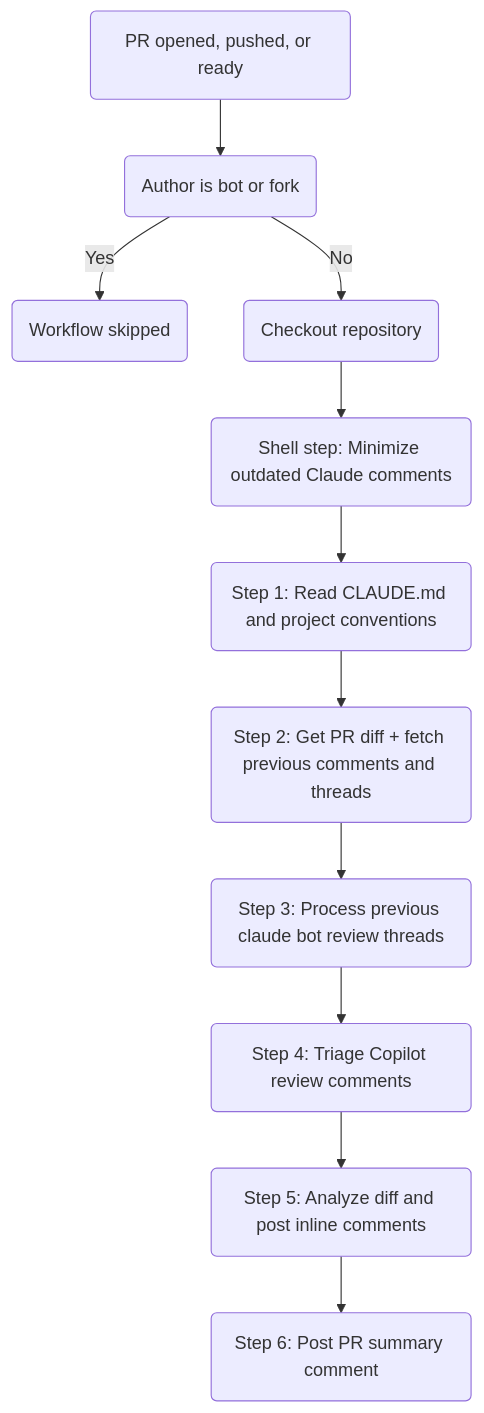
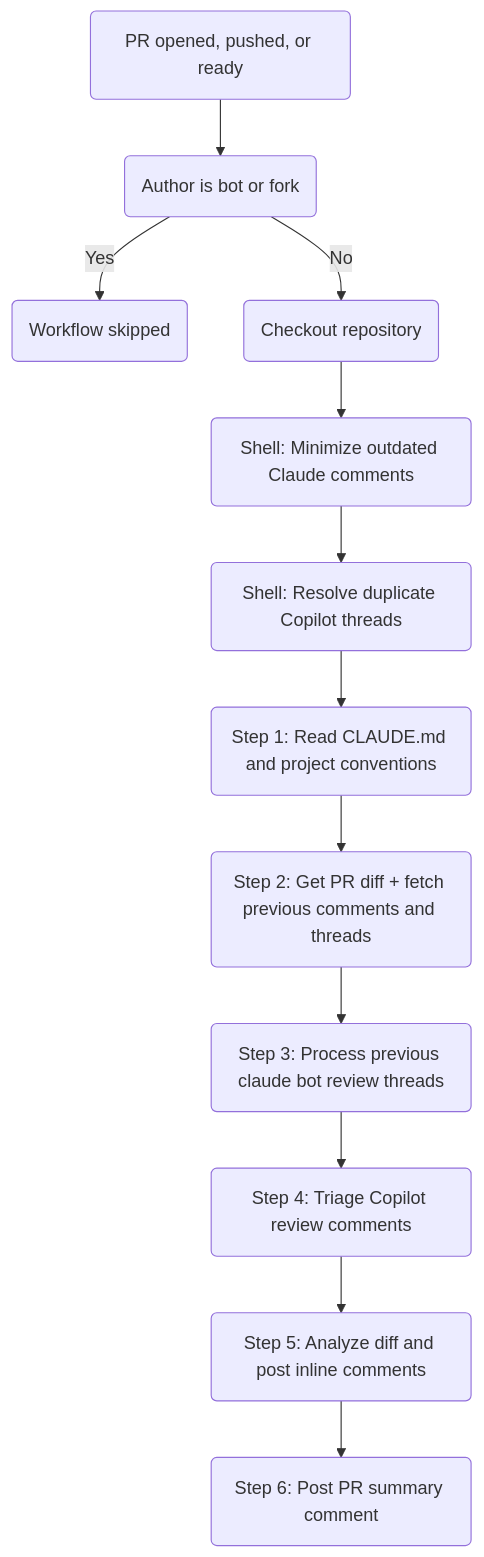
One commit to SchweizerischeBundesbahnen/github-workflows-polarion changed the first of 2 diagrams in docs/claude-code-review.md. Above: the diagram before and after it, drawn with Mermaid. The commit also changed other lines of this file and 1 other file, not shown here.

First line of the commit message:
fix: remove unused COMMIT_SHA, add Copilot dedup shell step

````diff
--- a/docs/claude-code-review.md
+++ b/docs/claude-code-review.md
@@ -40,13 +40,14 @@
 ```mermaid
 flowchart TD
   A(PR opened, pushed, or ready) --> B(Author is bot or fork)
   B -->|Yes| Z(Workflow skipped)
   B -->|No| C(Checkout repository)
-  C --> D(Shell step: Minimize outdated Claude comments)
+  C --> C2(Shell: Minimize outdated Claude comments)
+  C2 --> D(Shell: Resolve duplicate Copilot threads)
   D --> E(Step 1: Read CLAUDE.md and project conventions)
   E --> F(Step 2: Get PR diff + fetch previous comments and threads)
   F --> G(Step 3: Process previous claude bot review threads)
   G --> H(Step 4: Triage Copilot review comments)
   H --> I(Step 5: Analyze diff and post inline comments)
   I --> J(Step 6: Post PR summary comment)
 ```
````
